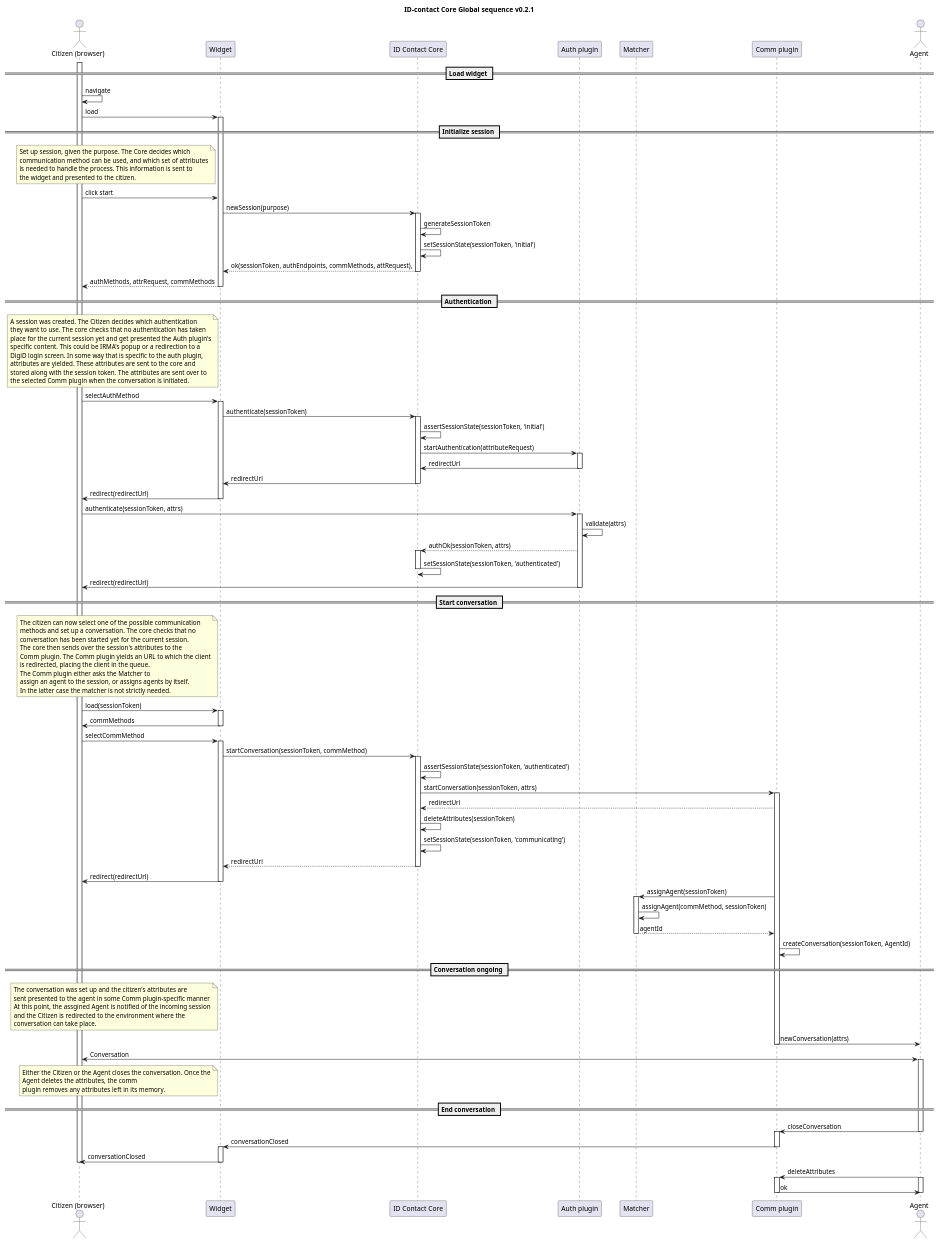
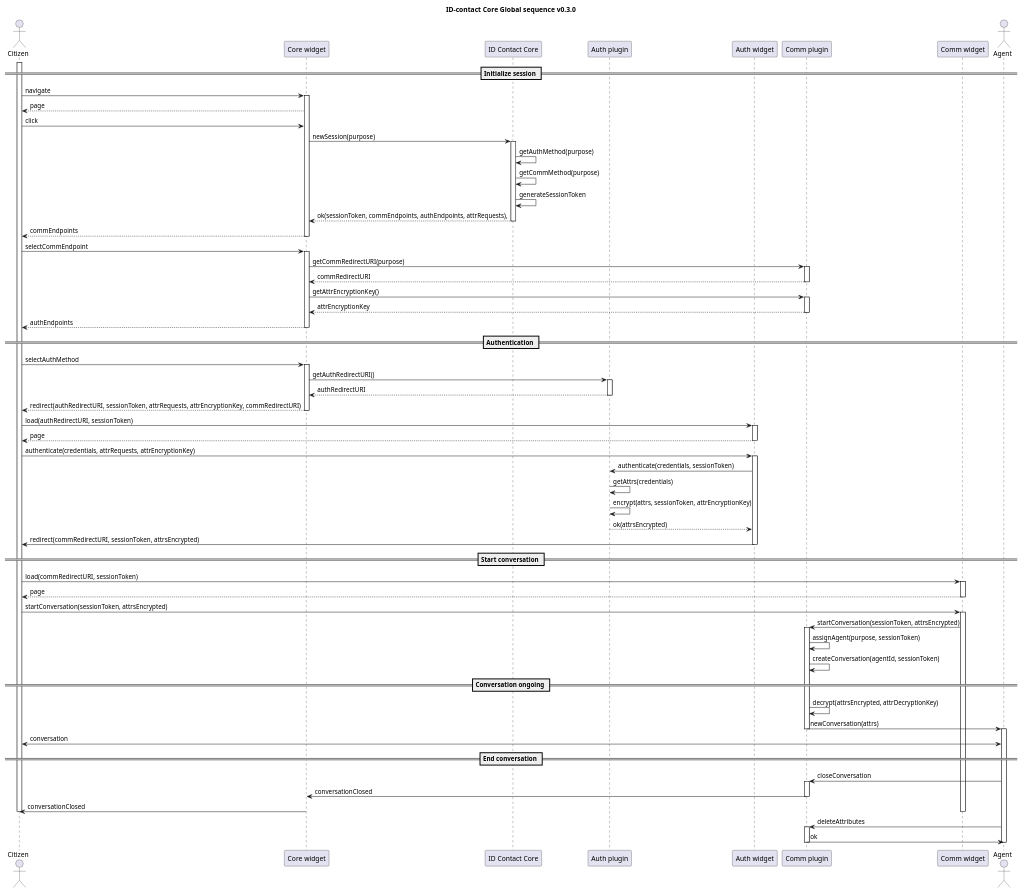
Before and after one commit to id-contact/docs: the diagram in docs/diagrams/global-sequence.puml, drawn with PlantUML.

Commit message:
Sequence v0.3

```diff
--- a/docs/diagrams/global-sequence.puml
+++ b/docs/diagrams/global-sequence.puml
@@ -2,148 +2,107 @@
 @startuml
-title ID-contact Core Global sequence v0.2.1
+title ID-contact Core Global sequence v0.3.0
 
-actor "Citizen (browser)" as citizen
-participant "Widget" as widget
+actor Citizen as citizen
+participant "Core widget" as widget
 participant "ID Contact Core" as core
 participant "Auth plugin" as auth_plugin
-participant "Matcher" as matcher
+participant "Auth widget" as auth_widget
 participant "Comm plugin" as comm_plugin
+participant "Comm widget" as comm_widget
 actor Agent as agent
 
-== Load widget ==
+== Initialize session ==
+
 activate citizen
-citizen->citizen: navigate
-citizen->widget: load
+citizen->widget: navigate
 activate widget
-== Initialize session ==
-note left of widget
-Set up session, given the purpose. The Core decides which 
-communication method can be used, and which set of attributes
-is needed to handle the process. This information is sent to
-the widget and presented to the citizen.
-end note
-
-citizen->widget: click start
+widget-->citizen: page
+citizen->widget: click
 widget->core: newSession(purpose)
 activate core
+core->core: getAuthMethod(purpose)
+core->core: getCommMethod(purpose)
 core->core: generateSessionToken
-core->core: setSessionState(sessionToken, 'initial')
-core-->widget: ok(sessionToken, authEndpoints, commMethods, attRequest),
+core-->widget: ok(sessionToken, commEndpoints, authEndpoints, attrRequests),
 deactivate core
-widget-->citizen: authMethods, attrRequest, commMethods
+widget-->citizen: commEndpoints
 deactivate widget
+citizen->widget: selectCommEndpoint
+activate widget
+widget->comm_plugin: getCommRedirectURI(purpose)
+activate comm_plugin
+comm_plugin-->widget: commRedirectURI
+deactivate comm_plugin
+widget->comm_plugin: getAttrEncryptionKey()
+activate comm_plugin
+comm_plugin-->widget: attrEncryptionKey
+deactivate comm_plugin
+widget-->citizen: authEndpoints
+deactivate widget
+
 == Authentication ==
 
-note left of widget
-A session was created. The Citizen decides which authentication
-they want to use. The core checks that no authentication has taken
-place for the current session yet and get presented the Auth plugin's
-specific content. This could be IRMA's popup or a redirection to a 
-DigiD login screen. In some way that is specific to the auth plugin,
-attributes are yielded. These attributes are sent to the core and
-stored along with the session token. The attributes are sent over to
-the selected Comm plugin when the conversation is initiated.
-end note
 citizen->widget: selectAuthMethod
 activate widget
-widget->core: authenticate(sessionToken)
-activate core
-core->core: assertSessionState(sessionToken, 'initial')
-core->auth_plugin: startAuthentication(attributeRequest)
+widget->auth_plugin: getAuthRedirectURI()
 activate auth_plugin
-auth_plugin->core: redirectUrl
+auth_plugin-->widget: authRedirectURI
 deactivate auth_plugin
-core->widget: redirectUrl
-deactivate core
-widget->citizen: redirect(redirectUrl)
+widget-->citizen: redirect(authRedirectURI, sessionToken, attrRequests, attrEncryptionKey, commRedirectURI)
 deactivate widget
-citizen->auth_plugin: authenticate(sessionToken, attrs)
 
-activate auth_plugin
-auth_plugin->auth_plugin: validate(attrs)
-auth_plugin-->core: authOk(sessionToken, attrs)
-activate core
-core->core: setSessionState(sessionToken, 'authenticated')
-deactivate core
-auth_plugin->citizen: redirect(redirectUrl)
+citizen->auth_widget: load(authRedirectURI, sessionToken)
+activate auth_widget
+auth_widget-->citizen: page
+deactivate auth_widget
+
+citizen->auth_widget: authenticate(credentials, attrRequests, attrEncryptionKey)
+activate auth_widget
+auth_widget->auth_plugin: authenticate(credentials, sessionToken)
+auth_plugin->auth_plugin: getAttrs(credentials)
+auth_plugin->auth_plugin: encrypt(attrs, sessionToken, attrEncryptionKey)
+auth_plugin-->auth_widget: ok(attrsEncrypted)
 deactivate auth_plugin
+auth_widget->citizen: redirect(commRedirectURI, sessionToken, attrsEncrypted)
+deactivate auth_widget
 
 == Start conversation ==
-note left of widget
-The citizen can now select one of the possible communication
-methods and set up a conversation. The core checks that no
-conversation has been started yet for the current session.
-The core then sends over the session's attributes to the 
-Comm plugin. The Comm plugin yields an URL to which the client
-is redirected, placing the client in the queue.
-The Comm plugin either asks the Matcher to 
-assign an agent to the session, or assigns agents by itself. 
-In the latter case the matcher is not strictly needed.
-end note
 
-citizen->widget: load(sessionToken)
-activate widget
-widget->citizen: commMethods
-deactivate widget
-citizen->widget: selectCommMethod
-activate widget
-widget->core: startConversation(sessionToken, commMethod)
-activate core
-core->core: assertSessionState(sessionToken, 'authenticated')
-core->comm_plugin:startConversation(sessionToken, attrs)
+citizen->comm_widget: load(commRedirectURI, sessionToken)
+activate comm_widget
+comm_widget-->citizen: page
+deactivate comm_widget
+
+citizen->comm_widget: startConversation(sessionToken, attrsEncrypted)
+activate comm_widget
+comm_widget->comm_plugin: startConversation(sessionToken, attrsEncrypted)
 activate comm_plugin
-comm_plugin-->core: redirectUrl
-core->core: deleteAttributes(sessionToken)
-core->core: setSessionState(sessionToken, 'communicating')
-core-->widget:redirectUrl
-deactivate core
-widget->citizen: redirect(redirectUrl)
-deactivate widget
-comm_plugin->matcher: assignAgent(sessionToken)
-activate matcher
-matcher->matcher: assignAgent(commMethod, sessionToken)
 
-matcher-->comm_plugin: agentId
-deactivate matcher
-comm_plugin->comm_plugin:createConversation(sessionToken, AgentId)
+comm_plugin->comm_plugin: assignAgent(purpose, sessionToken)
+comm_plugin->comm_plugin: createConversation(agentId, sessionToken)
 
 == Conversation ongoing ==
-note left of widget
-The conversation was set up and the citizen's attributes are
-sent presented to the agent in some Comm plugin-specific manner
-At this point, the assgined Agent is notified of the incoming session
-and the Citizen is redirected to the environment where the
-conversation can take place.
-end note
-
+comm_plugin->comm_plugin: decrypt(attrsEncrypted, attrDecryptionKey)
 comm_plugin->agent: newConversation(attrs)
 deactivate comm_plugin
 
-deactivate widget
-citizen<->agent: Conversation
 activate agent
+citizen<->agent: conversation
 
-note left of widget
-Either the Citizen or the Agent closes the conversation. Once the
-Agent deletes the attributes, the comm
-plugin removes any attributes left in its memory.
-end note
 == End conversation ==
 agent->comm_plugin: closeConversation
-deactivate agent
 activate comm_plugin
 comm_plugin->widget: conversationClosed
 deactivate comm_plugin
-activate widget
+deactivate widget
 widget->citizen: conversationClosed
-deactivate widget
+deactivate comm_widget
 deactivate citizen
 agent->comm_plugin: deleteAttributes
-activate agent
 activate comm_plugin
 comm_plugin->agent: ok
 deactivate comm_plugin
 deactivate agent
 
 
 @enduml
```
